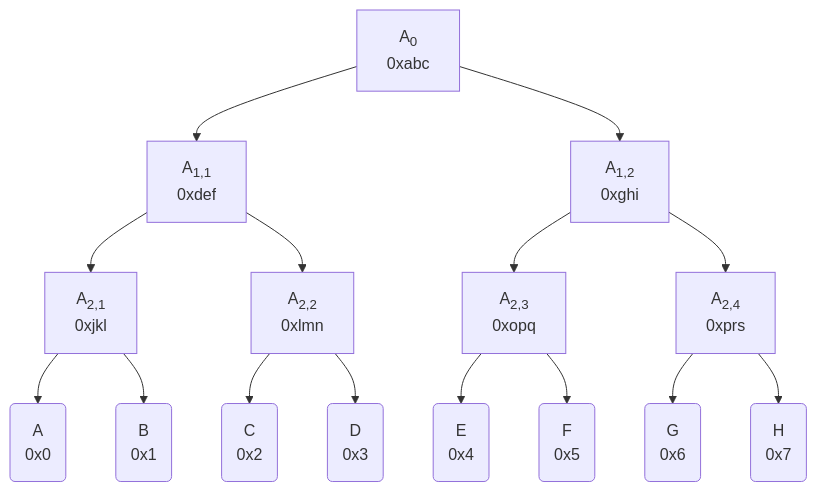
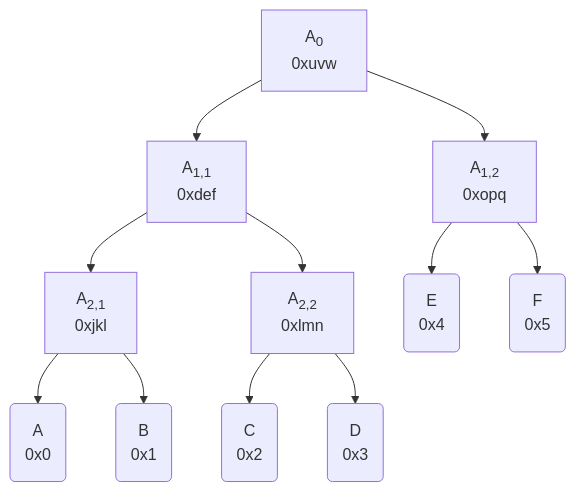
One commit to attestate/kiwistand changed the first of 3 diagrams in docs/source/protocol-guide.rst. Above: the diagram before and after it, drawn with Mermaid. The commit also changed other lines of this file and 4 other files, not shown here.

```diff
--- a/docs/source/protocol-guide.rst
+++ b/docs/source/protocol-guide.rst
@@ -147,17 +147,13 @@
 .. mermaid::
-
-    graph TD
-     A_0[A<sub>0</sub><br>0xabc] --> A_1,1[A<sub>1,1</sub><br>0xdef]
-     A_0 --> A_1,2[A<sub>1,2</sub><br>0xghi]
-     A_1,1 --> A_2,1[A<sub>2,1</sub><br>0xjkl]
-     A_1,1 --> A_2,2[A<sub>2,2</sub><br>0xlmn]
-     A_1,2 --> A_2,3[A<sub>2,3</sub><br>0xopq]
-     A_1,2 --> A_2,4[A<sub>2,4</sub><br>0xprs]
-     A_2,1 --> A("A"<br>0x0)
-     A_2,1 --> B("B"<br>0x1)
-     A_2,2 --> C("C"<br>0x2)
-     A_2,2 --> D("D"<br>0x3)
-     A_2,3 --> E("E"<br>0x4)
-     A_2,3 --> F("F"<br>0x5)
-     A_2,4 --> G("G"<br>0x6)
-     A_2,4 --> H("H"<br>0x7)
+   
+ graph TD
+     A_0[A<sub>0</sub><br>0xuvw] --> A_1,1[A<sub>1,1</sub><br>0xdef]
+     A_0 -->    A_1,2[A<sub>1,2</sub><br>0xopq]
+     A_1,1 -->  A_2,1[A<sub>2,1</sub><br>0xjkl]
+     A_1,1 -->  A_2,2[A<sub>2,2</sub><br>0xlmn]
+     A_2,1 -->  A("A"<br>0x0)
+     A_2,1 -->  B("B"<br>0x1)
+     A_2,2 -->  C("C"<br>0x2)
+     A_2,2 -->  D("D"<br>0x3)
+     A_1,2 -->  E("E"<br>0x4)
+     A_1,2 -->  F("F"<br>0x5)
```
